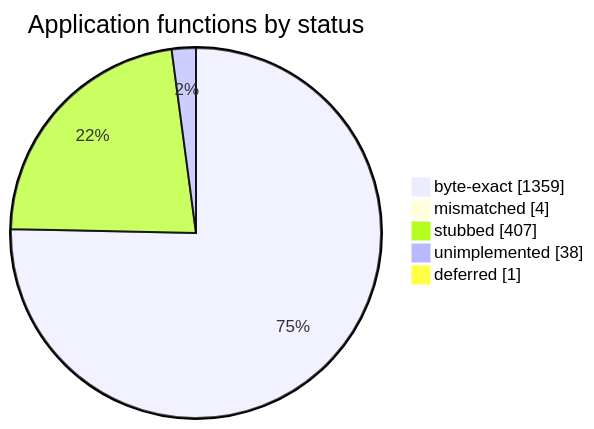
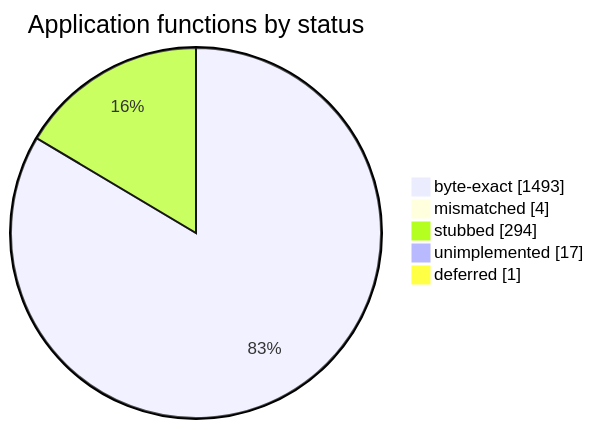
One commit to sorokya/eos changed the diagram in README.md. Above: the diagram before and after it, drawn with Mermaid. The commit also changed other lines of this file and 7 other files, not shown here.

````diff
--- a/README.md
+++ b/README.md
@@ -152,9 +152,9 @@
 ```mermaid
 pie showData
     title Application functions by status
-    "byte-exact" : 1359
+    "byte-exact" : 1493
     "mismatched" : 4
-    "stubbed" : 407
-    "unimplemented" : 38
+    "stubbed" : 294
+    "unimplemented" : 17
     "deferred" : 1
 ```
````
